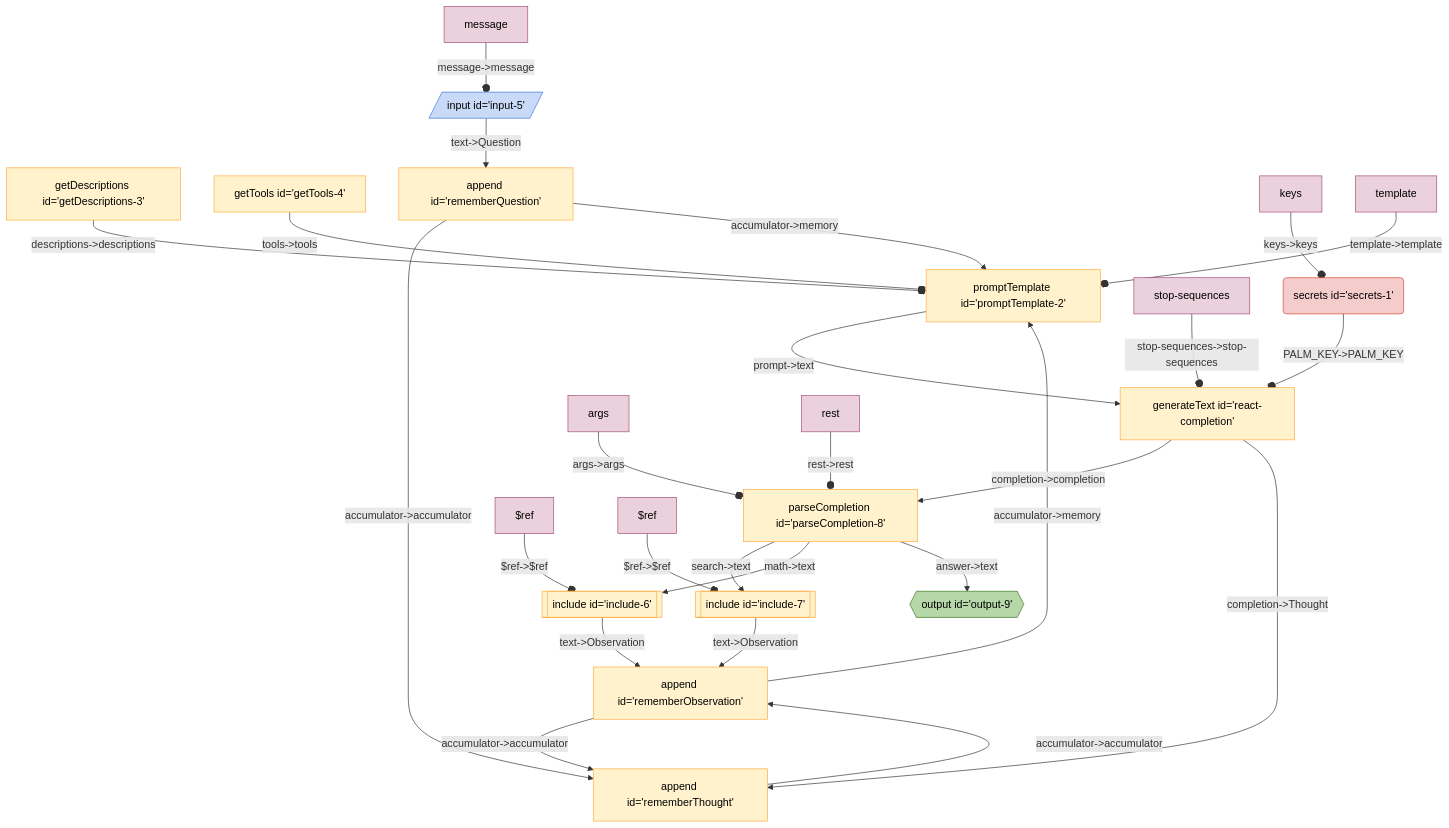
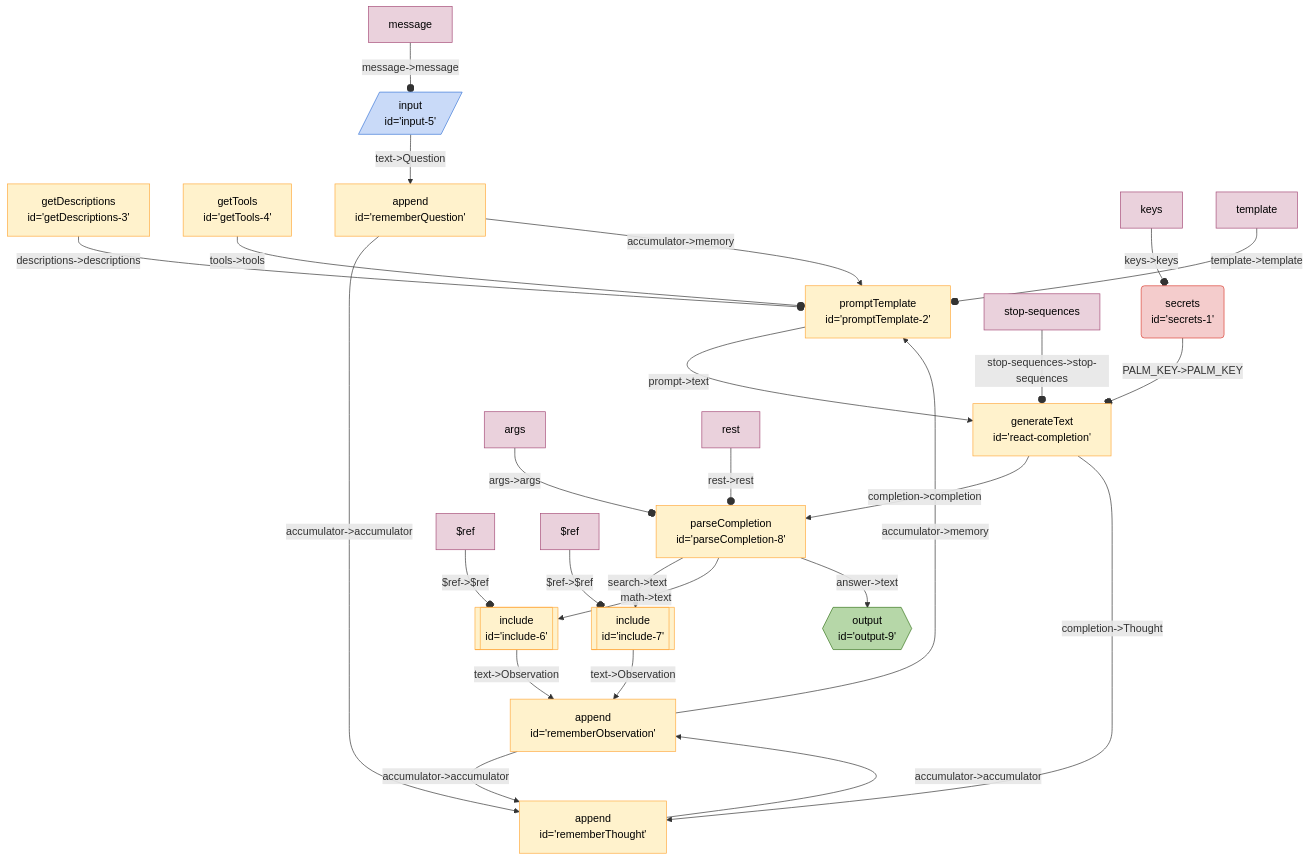
One commit to breadboard-ai/breadboard changed the diagram in seeds/graph-playground/docs/graphs/react-with-include.md. Above: the diagram before and after it, drawn with Mermaid. The commit also changed 16 other files, not shown here.

First line of the commit message:
add line break back to mermaid diagrams

````diff
--- a/seeds/graph-playground/docs/graphs/react-with-include.md
+++ b/seeds/graph-playground/docs/graphs/react-with-include.md
@@ -5,37 +5,37 @@
   ```mermaid
   %%{init: 'themeVariables': { 'fontFamily': 'Fira Code, monospace' }}%%
 graph TD;
-getDescriptions3["getDescriptions id='getDescriptions-3'"] -- "descriptions->descriptions" --o promptTemplate2["promptTemplate id='promptTemplate-2'"]
-getTools4["getTools id='getTools-4'"] -- "tools->tools" --o promptTemplate2["promptTemplate id='promptTemplate-2'"]
-rememberObservation["append id='rememberObservation'"] -- "accumulator->memory" --> promptTemplate2["promptTemplate id='promptTemplate-2'"]
-rememberThought["append id='rememberThought'"] -- "accumulator->accumulator" --> rememberObservation["append id='rememberObservation'"]
-rememberObservation["append id='rememberObservation'"] -- "accumulator->accumulator" --> rememberThought["append id='rememberThought'"]
-rememberQuestion["append id='rememberQuestion'"] -- "accumulator->accumulator" --> rememberThought["append id='rememberThought'"]
-rememberQuestion["append id='rememberQuestion'"] -- "accumulator->memory" --> promptTemplate2["promptTemplate id='promptTemplate-2'"]
-input5[/"input id='input-5'"/]:::input -- "text->Question" --> rememberQuestion["append id='rememberQuestion'"]
-secrets1("secrets id='secrets-1'"):::secrets -- "PALM_KEY->PALM_KEY" --o reactcompletion["generateText id='react-completion'"]
-include6[["include id='include-6'"]]:::include -- "text->Observation" --> rememberObservation["append id='rememberObservation'"]
-include7[["include id='include-7'"]]:::include -- "text->Observation" --> rememberObservation["append id='rememberObservation'"]
-parseCompletion8["parseCompletion id='parseCompletion-8'"] -- "search->text" --> include7[["include id='include-7'"]]:::include
-parseCompletion8["parseCompletion id='parseCompletion-8'"] -- "math->text" --> include6[["include id='include-6'"]]:::include
-parseCompletion8["parseCompletion id='parseCompletion-8'"] -- "answer->text" --> output9{{"output id='output-9'"}}:::output
-reactcompletion["generateText id='react-completion'"] -- "completion->completion" --> parseCompletion8["parseCompletion id='parseCompletion-8'"]
-reactcompletion["generateText id='react-completion'"] -- "completion->Thought" --> rememberThought["append id='rememberThought'"]
-promptTemplate2["promptTemplate id='promptTemplate-2'"] -- "prompt->text" --> reactcompletion["generateText id='react-completion'"]
+getDescriptions3["getDescriptions <br> id='getDescriptions-3'"] -- "descriptions->descriptions" --o promptTemplate2["promptTemplate <br> id='promptTemplate-2'"]
+getTools4["getTools <br> id='getTools-4'"] -- "tools->tools" --o promptTemplate2["promptTemplate <br> id='promptTemplate-2'"]
+rememberObservation["append <br> id='rememberObservation'"] -- "accumulator->memory" --> promptTemplate2["promptTemplate <br> id='promptTemplate-2'"]
+rememberThought["append <br> id='rememberThought'"] -- "accumulator->accumulator" --> rememberObservation["append <br> id='rememberObservation'"]
+rememberObservation["append <br> id='rememberObservation'"] -- "accumulator->accumulator" --> rememberThought["append <br> id='rememberThought'"]
+rememberQuestion["append <br> id='rememberQuestion'"] -- "accumulator->accumulator" --> rememberThought["append <br> id='rememberThought'"]
+rememberQuestion["append <br> id='rememberQuestion'"] -- "accumulator->memory" --> promptTemplate2["promptTemplate <br> id='promptTemplate-2'"]
+input5[/"input <br> id='input-5'"/]:::input -- "text->Question" --> rememberQuestion["append <br> id='rememberQuestion'"]
+secrets1("secrets <br> id='secrets-1'"):::secrets -- "PALM_KEY->PALM_KEY" --o reactcompletion["generateText <br> id='react-completion'"]
+include6[["include <br> id='include-6'"]]:::include -- "text->Observation" --> rememberObservation["append <br> id='rememberObservation'"]
+include7[["include <br> id='include-7'"]]:::include -- "text->Observation" --> rememberObservation["append <br> id='rememberObservation'"]
+parseCompletion8["parseCompletion <br> id='parseCompletion-8'"] -- "search->text" --> include7[["include <br> id='include-7'"]]:::include
+parseCompletion8["parseCompletion <br> id='parseCompletion-8'"] -- "math->text" --> include6[["include <br> id='include-6'"]]:::include
+parseCompletion8["parseCompletion <br> id='parseCompletion-8'"] -- "answer->text" --> output9{{"output <br> id='output-9'"}}:::output
+reactcompletion["generateText <br> id='react-completion'"] -- "completion->completion" --> parseCompletion8["parseCompletion <br> id='parseCompletion-8'"]
+reactcompletion["generateText <br> id='react-completion'"] -- "completion->Thought" --> rememberThought["append <br> id='rememberThought'"]
+promptTemplate2["promptTemplate <br> id='promptTemplate-2'"] -- "prompt->text" --> reactcompletion["generateText <br> id='react-completion'"]
 keyssecrets1[keys]:::config -- "keys->keys" --o secrets1
 templatepromptTemplate2[template]:::config -- "template->template" --o promptTemplate2
 messageinput5[message]:::config -- "message->message" --o input5
 stopsequencesreactcompletion[stop-sequences]:::config -- "stop-sequences->stop-sequences" --o reactcompletion
 $refinclude6[$ref]:::config -- "$ref->$ref" --o include6
 $refinclude7[$ref]:::config -- "$ref->$ref" --o include7
 argsparseCompletion8[args]:::config -- "args->args" --o parseCompletion8
 restparseCompletion8[rest]:::config -- "rest->rest" --o parseCompletion8
 classDef default stroke:#ffab40,fill:#fff2ccff,color:#000
 classDef input stroke:#3c78d8,fill:#c9daf8ff,color:#000
 classDef output stroke:#38761d,fill:#b6d7a8ff,color:#000
 classDef passthrough stroke:#a64d79,fill:#ead1dcff,color:#000
 classDef slot stroke:#a64d79,fill:#ead1dcff,color:#000
 classDef config stroke:#a64d79,fill:#ead1dcff,color:#000
 classDef secrets stroke:#db4437,fill:#f4cccc,color:#000
 classDef slotted stroke:#a64d79
   ```
````
